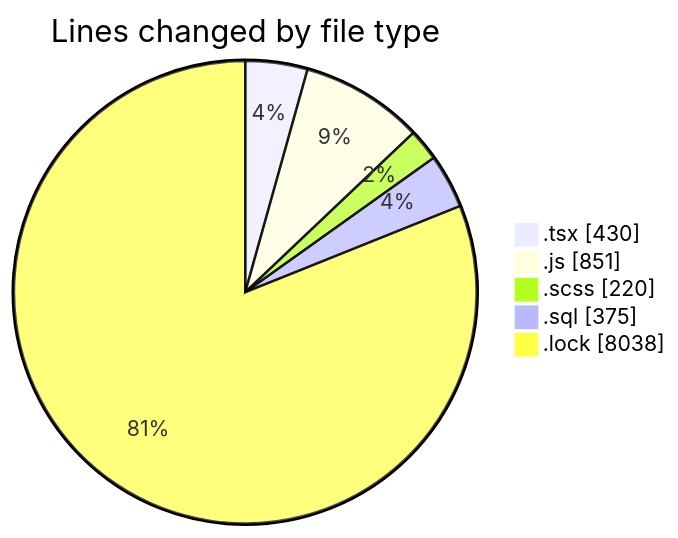
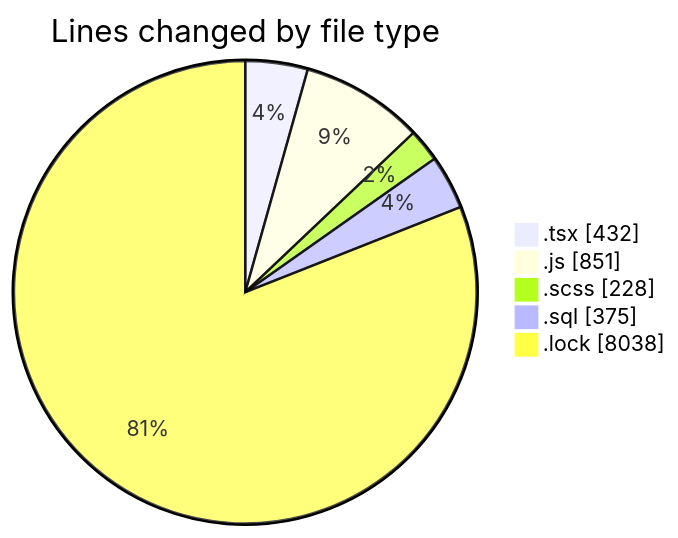
Before and after one commit to momahboobian/code-tracking: the first of 2 diagrams in 2025-03-18/cda/README.md, drawn with Mermaid. The commit also changed other lines of this file and 1 other file, not shown here.

````diff
--- a/2025-03-18/cda/README.md
+++ b/2025-03-18/cda/README.md
@@ -30,9 +30,9 @@
 ```mermaid
 pie showData
 title Lines changed by file type
-".tsx" : 430
+".tsx" : 432
 ".js" : 851
-".scss" : 220
+".scss" : 228
 ".sql" : 375
 ".lock" : 8038
 ```
````
